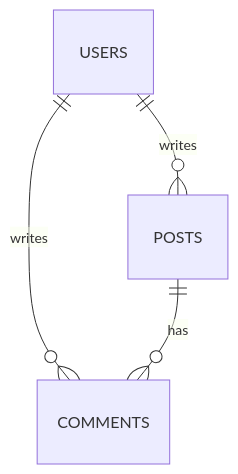
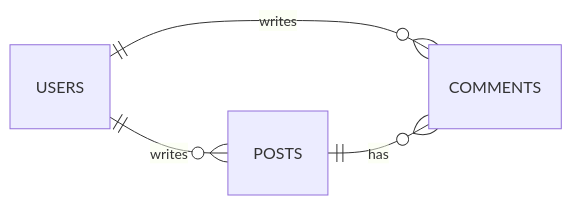
The diagram in README.md (eeseuju/KANT-FastAPI-assignment), drawn with Mermaid before and after one commit. The commit also changed other lines of this file and 6 other files, not shown here.

````diff
--- a/README.md
+++ b/README.md
@@ -87,6 +35,7 @@
 ```mermaid
 erDiagram
+    direction LR
     USERS ||--o{ POSTS : writes
     USERS ||--o{ COMMENTS : writes
     POSTS ||--o{ COMMENTS : has
 ```
````
